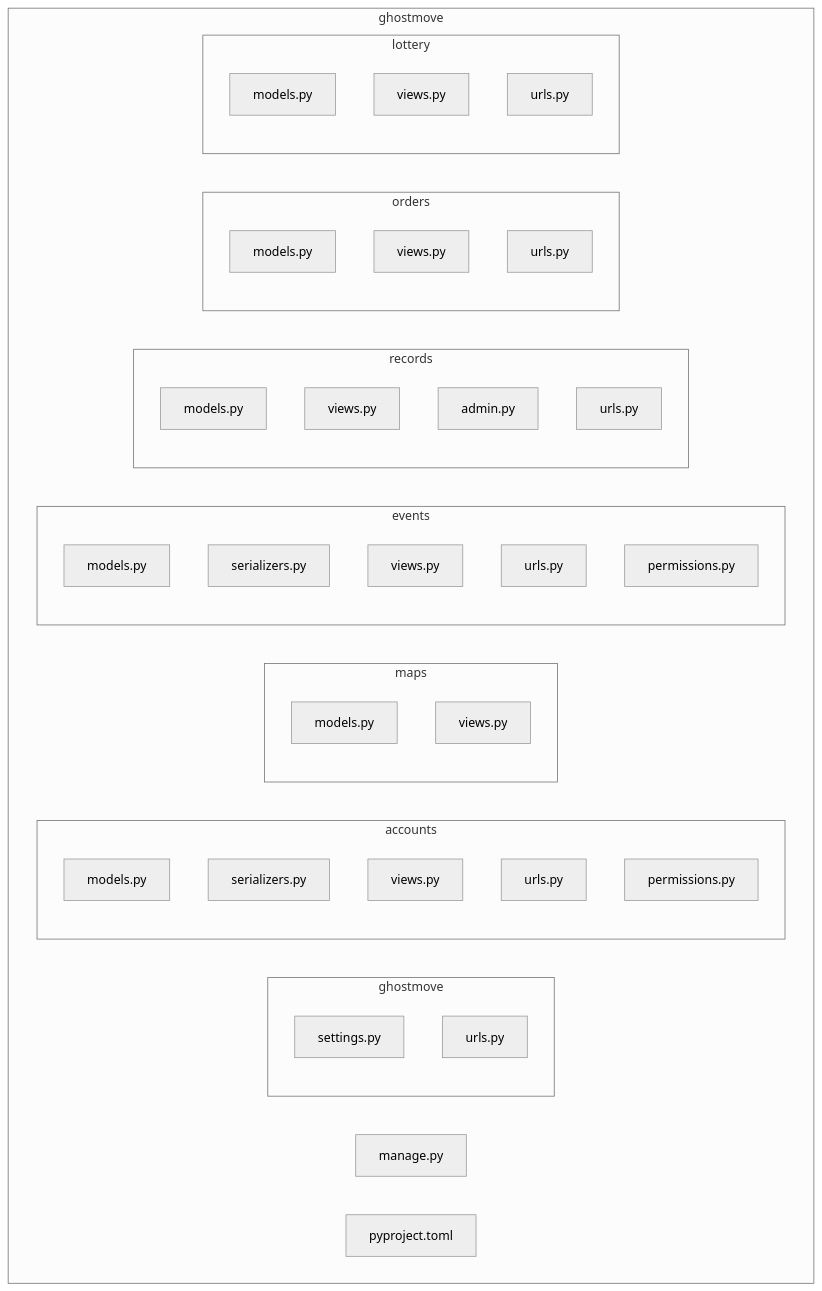
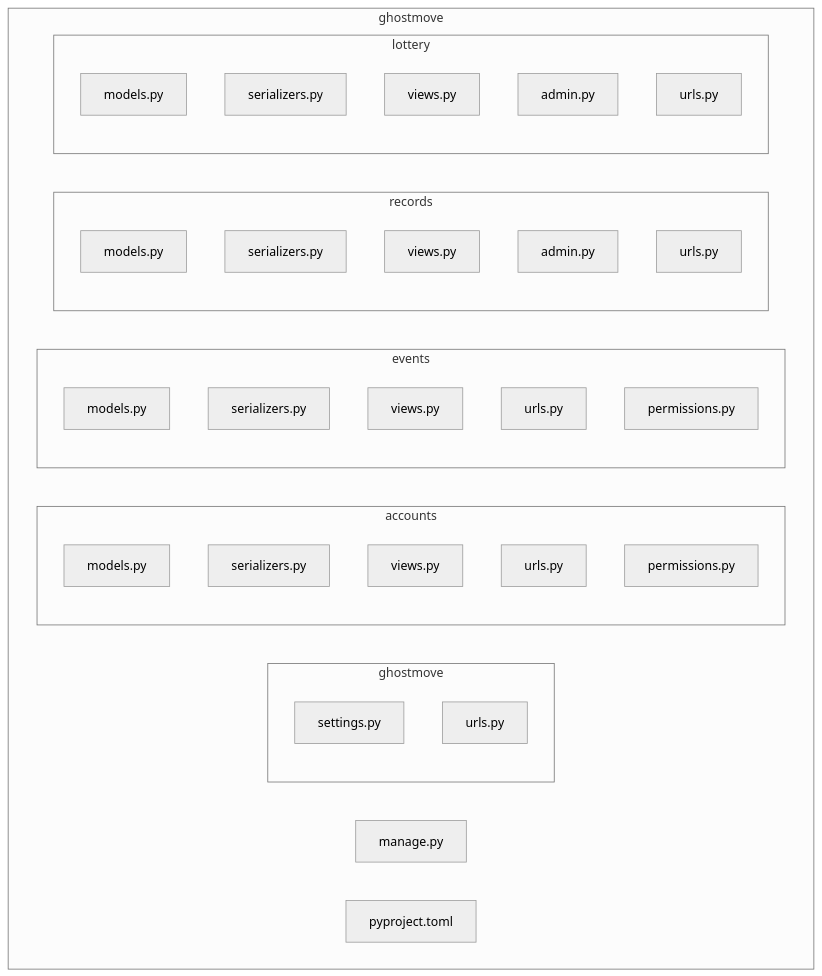
Before and after one commit to t8lionchion/ghost: the diagram in README.md, drawn with Mermaid (neutral theme). The commit also changed other lines of this file, not shown here.

````diff
--- a/README.md
+++ b/README.md
@@ -55,45 +53,39 @@
 ```mermaid
 graph TD
   subgraph root[ghostmove]
     subgraph proj[ghostmove]
       S[settings.py]
       U[urls.py]
     end
     M[manage.py]
     P[pyproject.toml]
     subgraph accounts[accounts]
       A1[models.py]
       A2[serializers.py]
       A3[views.py]
       A4[urls.py]
       A5[permissions.py]
     end
-    subgraph maps[maps]
-      M1[models.py]
-      M2[views.py]
-    end
     subgraph events[events]
       E1[models.py]
       E2[serializers.py]
       E3[views.py]
       E4[urls.py]
       E5[permissions.py]
     end
     subgraph records[records]
       R1[models.py]
-      R2[views.py]
-      R3[admin.py]
-      R4[urls.py]
-    end
-    subgraph orders[orders]
-      O1[models.py]
-      O2[views.py]
-      O3[urls.py]
+      R2[serializers.py]
+      R3[views.py]
+      R4[admin.py]
+      R5[urls.py]
     end
     subgraph lottery[lottery]
       L1[models.py]
-      L2[views.py]
-      L3[urls.py]
+      L2[serializers.py]
+      L3[views.py]
+      L4[admin.py]
+      L5[urls.py]
     end
   end
 ```
````
